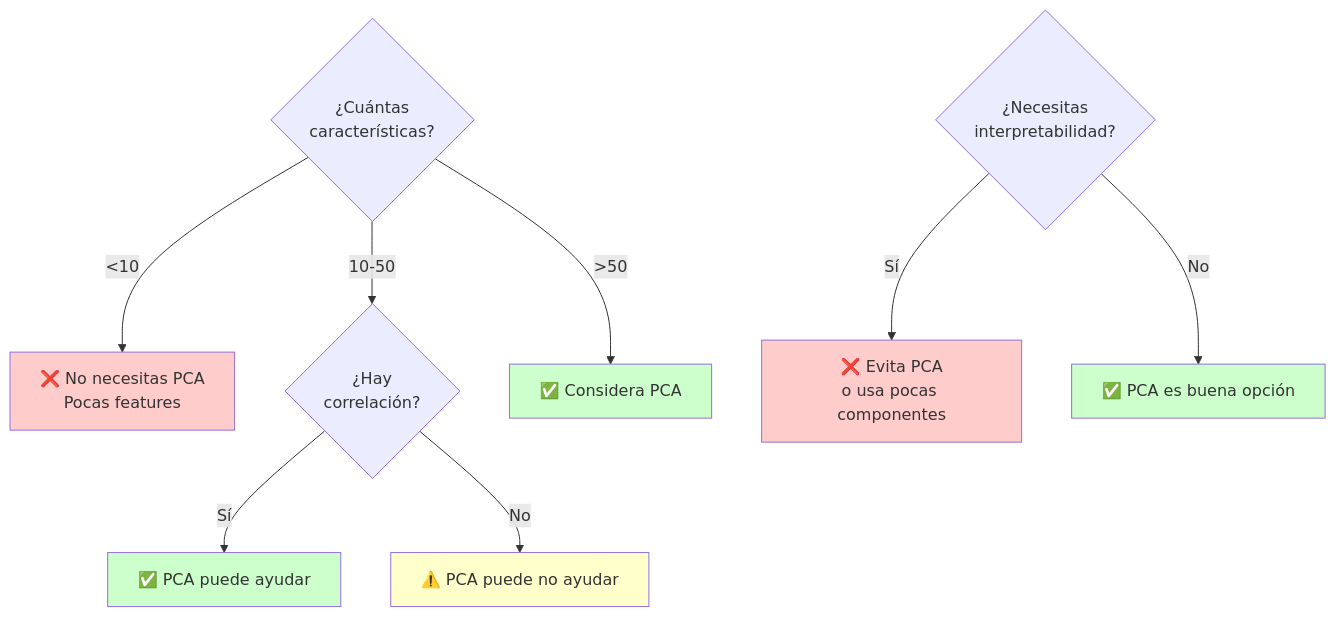
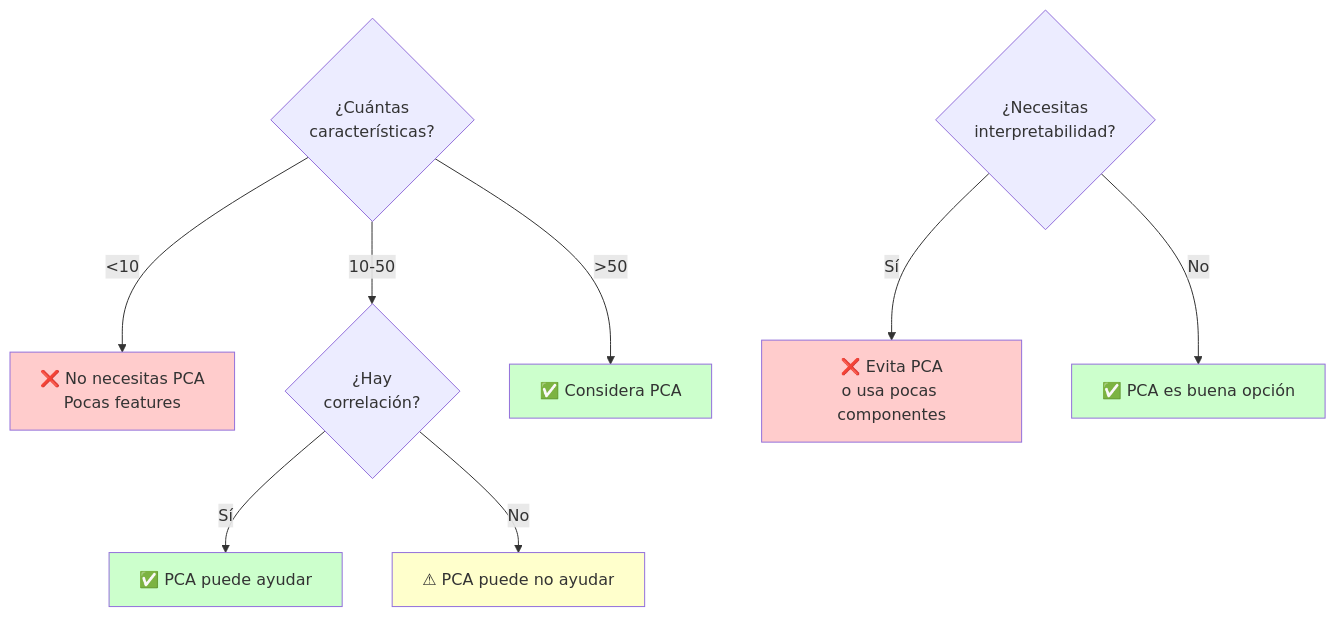
Diagram 16 of 24 in tutorials/07-tecnicas-preprocesamiento.md (dpalacioj/data-projects-lab), drawn with Mermaid before and after one commit. The commit also changed other lines of this file and 6 other files, not shown here.

````diff
--- a/tutorials/07-tecnicas-preprocesamiento.md
+++ b/tutorials/07-tecnicas-preprocesamiento.md
@@ -1406,19 +1406,19 @@
 ```mermaid
 graph TD
     A{¿Cuántas<br/>características?} -->|<10| B[❌ No necesitas PCA<br/>Pocas features]
     A -->|10-50| C{¿Hay<br/>correlación?}
     A -->|>50| D[✅ Considera PCA]
 
     C -->|Sí| E[✅ PCA puede ayudar]
-    C -->|No| F[⚠️ PCA puede no ayudar]
+    C -->|No| F[⚠ PCA puede no ayudar]
 
     G{¿Necesitas<br/>interpretabilidad?} -->|Sí| H[❌ Evita PCA<br/>o usa pocas componentes]
     G -->|No| I[✅ PCA es buena opción]
 
     style B fill:#ffcccc
     style D fill:#ccffcc
     style E fill:#ccffcc
     style F fill:#ffffcc
     style H fill:#ffcccc
     style I fill:#ccffcc
 ```
````
